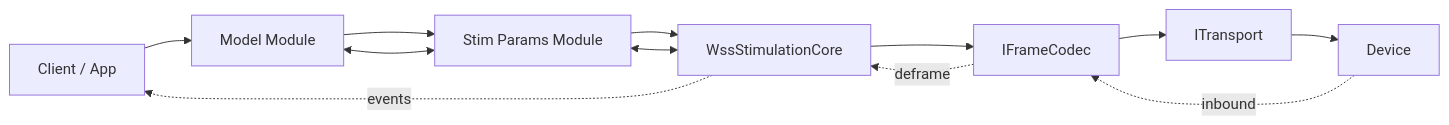
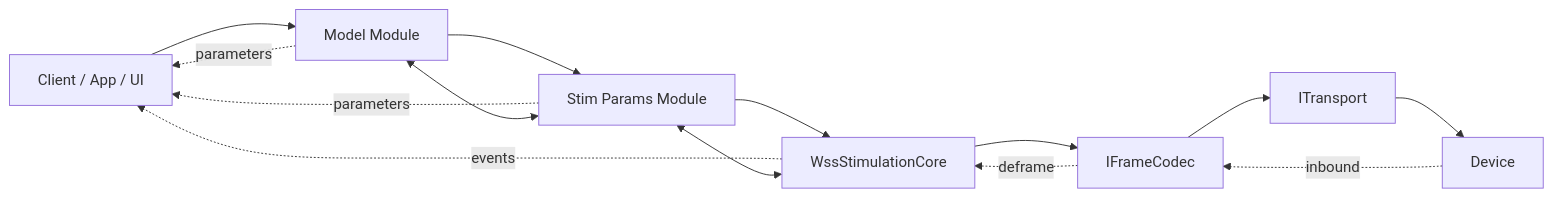
The third of 4 diagrams in apiDocs/conceptual/layering-guide.md (cwru-non-academic/WSS_Documentation), drawn with Mermaid before and after one commit. The commit also changed other lines of this file and 10 other files, not shown here.

Commit message:
updated diagrams to avoid syntax error and improve details

````diff
--- a/apiDocs/conceptual/layering-guide.md
+++ b/apiDocs/conceptual/layering-guide.md
@@ -47,12 +48,14 @@
 ```mermaid
 flowchart LR
-  App[Client / App] --> Model[Model Module]
+  App[Client / App / UI]  --> Model[Model Module]
   Model --> Params[Stim Params Module]
   Params --> Core[WssStimulationCore]
   Core --> Codec[IFrameCodec]
   Codec --> Transport[ITransport]
   Transport --> Device[Device]
   Device -. inbound .-> Codec -. deframe .-> Core -. events .-> App
+  Params-. parameters .-> App
+  Model-. parameters .-> App
   Core <--> Params
   Params <--> Model
 ```
````
